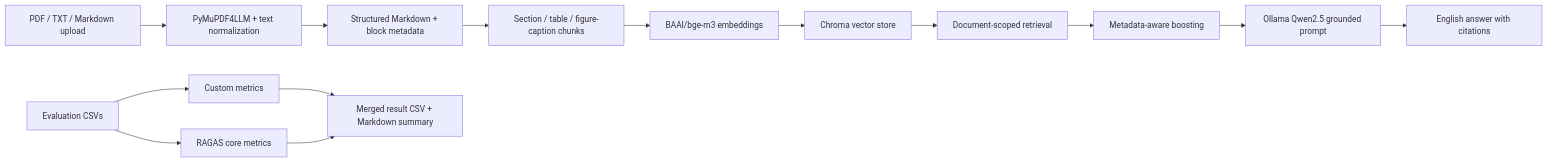
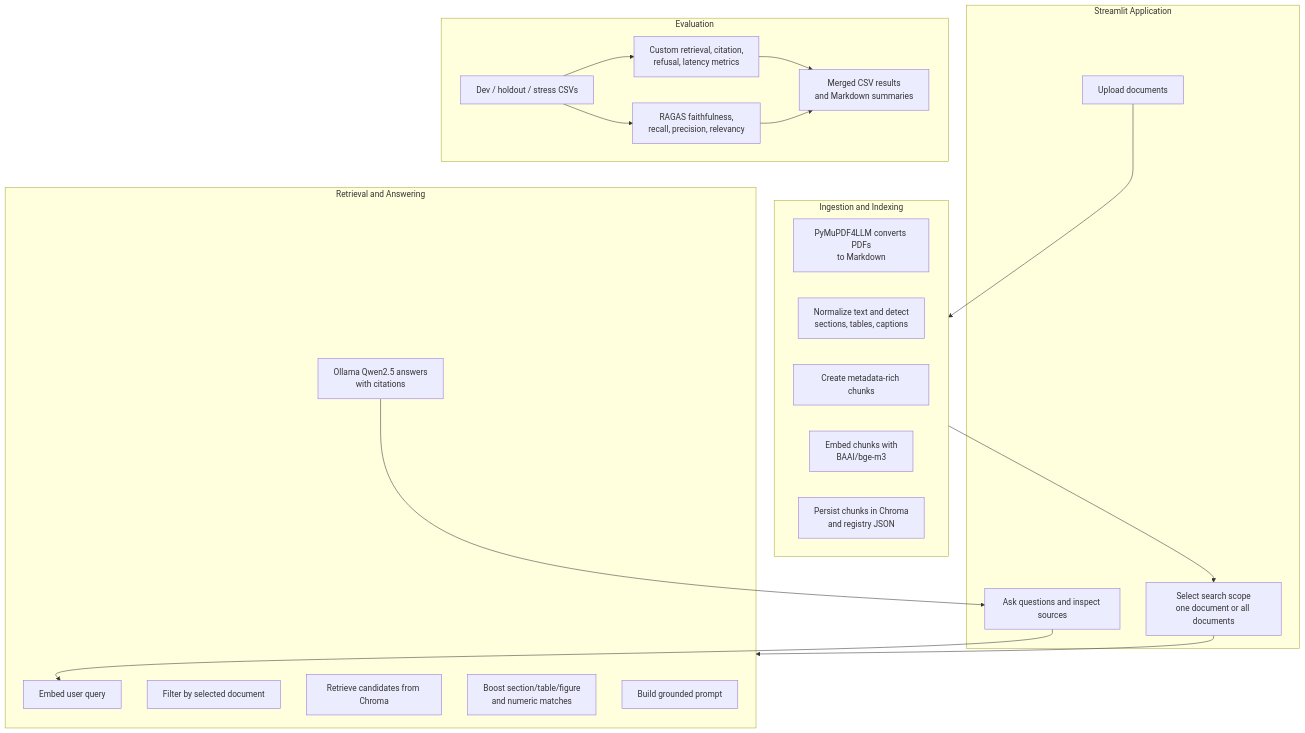
The diagram in README.md (gauronaldo/rag_chatbot), drawn with Mermaid before and after one commit. The commit also changed other lines of this file and 1 other file, not shown here.

````diff
--- a/README.md
+++ b/README.md
@@ -46,17 +41,42 @@
 ```mermaid
-flowchart LR
-    A["PDF / TXT / Markdown upload"] --> B["PyMuPDF4LLM + text normalization"]
-    B --> C["Structured Markdown + block metadata"]
-    C --> D["Section / table / figure-caption chunks"]
-    D --> E["BAAI/bge-m3 embeddings"]
-    E --> F["Chroma vector store"]
-    F --> G["Document-scoped retrieval"]
-    G --> H["Metadata-aware boosting"]
-    H --> I["Ollama Qwen2.5 grounded prompt"]
-    I --> J["English answer with citations"]
+flowchart TB
+    subgraph UI["Streamlit Application"]
+        U1["Upload documents"]
+        U2["Select search scope<br/>one document or all documents"]
+        U3["Ask questions and inspect sources"]
+    end
 
-    K["Evaluation CSVs"] --> L["Custom metrics"]
-    K --> M["RAGAS core metrics"]
-    L --> N["Merged result CSV + Markdown summary"]
-    M --> N
+    subgraph INGEST["Ingestion and Indexing"]
+        I1["PyMuPDF4LLM converts PDFs<br/>to Markdown"]
+        I2["Normalize text and detect<br/>sections, tables, captions"]
+        I3["Create metadata-rich chunks"]
+        I4["Embed chunks with<br/>BAAI/bge-m3"]
+        I5["Persist chunks in Chroma<br/>and registry JSON"]
+    end
+
+    subgraph RETRIEVE["Retrieval and Answering"]
+        R1["Embed user query"]
+        R2["Filter by selected document"]
+        R3["Retrieve candidates from Chroma"]
+        R4["Boost section/table/figure<br/>and numeric matches"]
+        R5["Build grounded prompt"]
+        R6["Ollama Qwen2.5 answers<br/>with citations"]
+    end
+
+    subgraph EVAL["Evaluation"]
+        E1["Dev / holdout / stress CSVs"]
+        E2["Custom retrieval, citation,<br/>refusal, latency metrics"]
+        E3["RAGAS faithfulness,<br/>recall, precision, relevancy"]
+        E4["Merged CSV results<br/>and Markdown summaries"]
+    end
+
+    U1 --> INGEST
+    INGEST --> U2
+    U2 --> RETRIEVE
+    U3 --> R1
+    R6 --> U3
+    E1 --> E2
+    E1 --> E3
+    E2 --> E4
+    E3 --> E4
 ```
````
